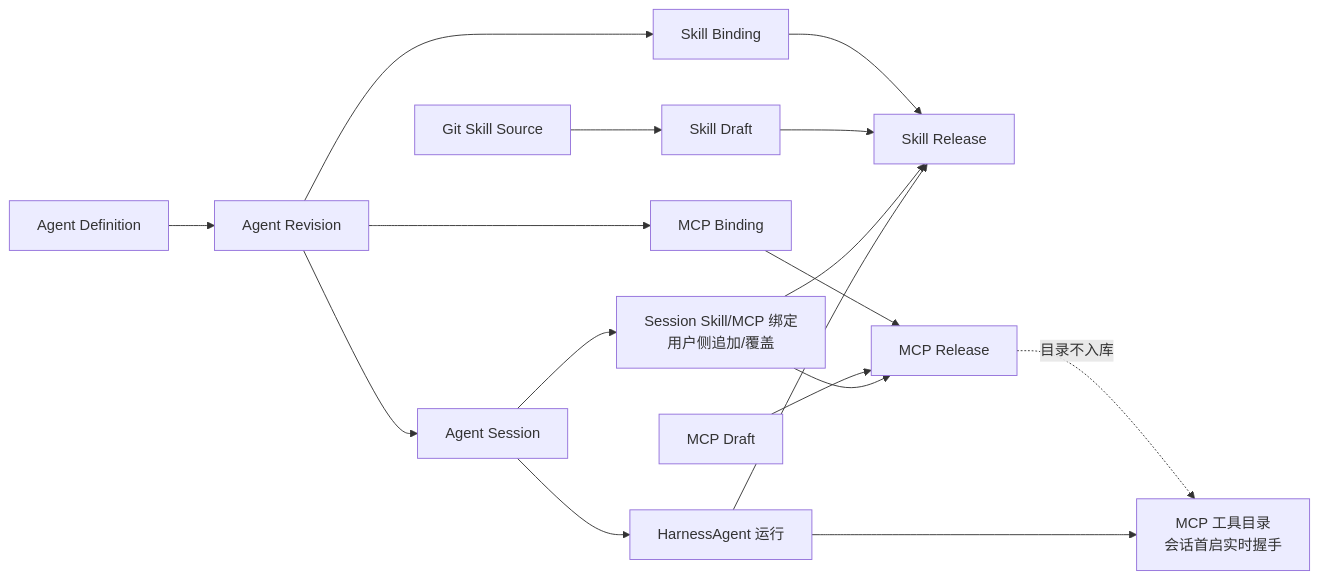
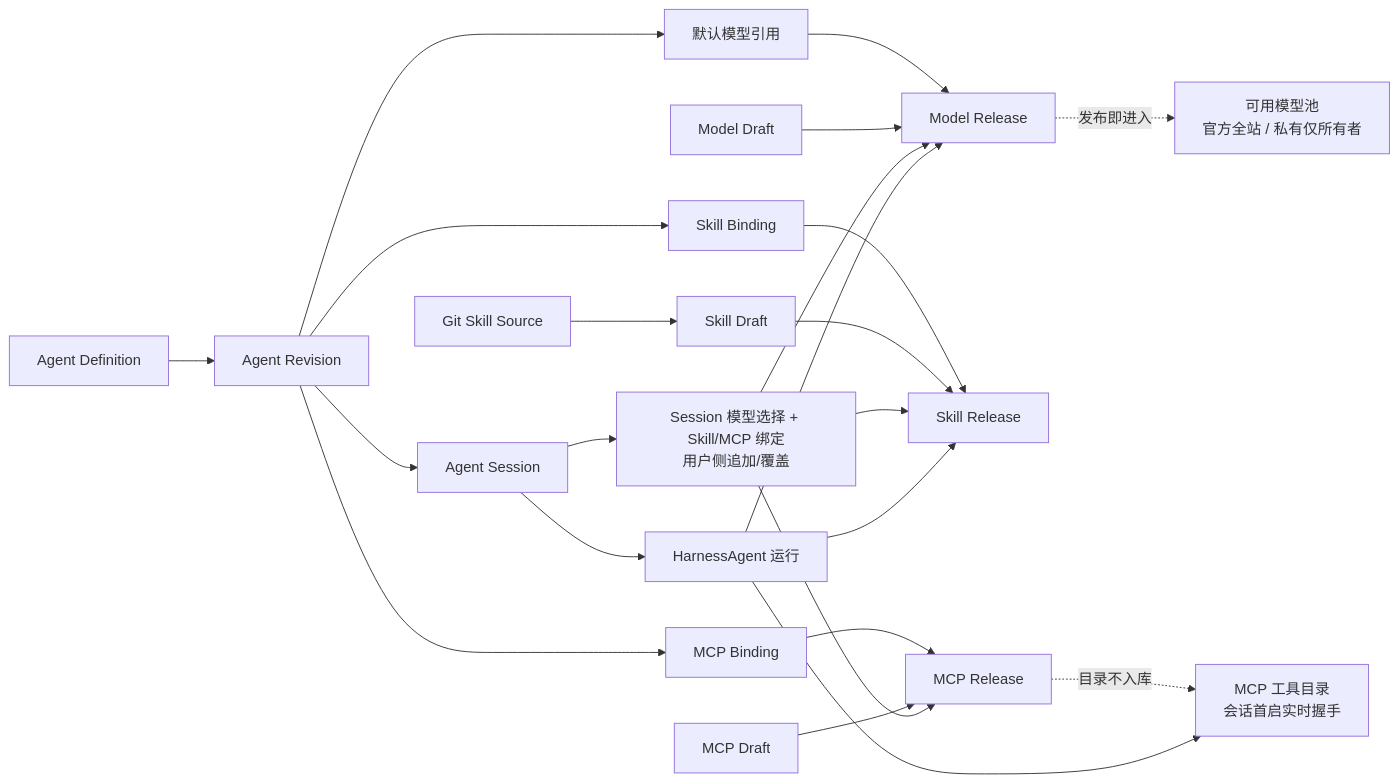
One commit to wzerf/code-temp changed the ninth of 10 diagrams in docs/agent-module-architecture.md. Above: the diagram before and after it, drawn with Mermaid. The commit also changed other lines of this file and 49 other files, not shown here.

````diff
--- a/docs/agent-module-architecture.md
+++ b/docs/agent-module-architecture.md
@@ -308,22 +415,29 @@
 ```mermaid
 flowchart LR
     D[Agent Definition] --> R[Agent Revision]
+    R --> MBD[默认模型引用]
     R --> SB[Skill Binding]
-    R --> MB[MCP Binding]
+    R --> MCB[MCP Binding]
+
+    MBD --> MREL[Model Release]
+    MD[Model Draft] --> MREL
+    MREL -. 发布即进入 .-> POOL[可用模型池\n官方全站 / 私有仅所有者]
 
     SB --> SR[Skill Release]
     SD[Skill Draft] --> SR
     GS[Git Skill Source] --> SD
 
-    MB --> MR[MCP Release]
-    MD[MCP Draft] --> MR
+    MCB --> MR[MCP Release]
+    MCD[MCP Draft] --> MR
     MR -. 目录不入库 .-> CAT[MCP 工具目录\n会话首启实时握手]
 
     R --> S[Agent Session]
-    S --> SSB[Session Skill/MCP 绑定\n用户侧追加/覆盖]
-    SSB --> SR
-    SSB --> MR
+    S --> SMB[Session 模型选择 + Skill/MCP 绑定\n用户侧追加/覆盖]
+    SMB --> MREL
+    SMB --> SR
+    SMB --> MR
     S --> RUN[HarnessAgent 运行]
+    RUN --> MREL
     RUN --> SR
     RUN --> CAT
 ```
````
